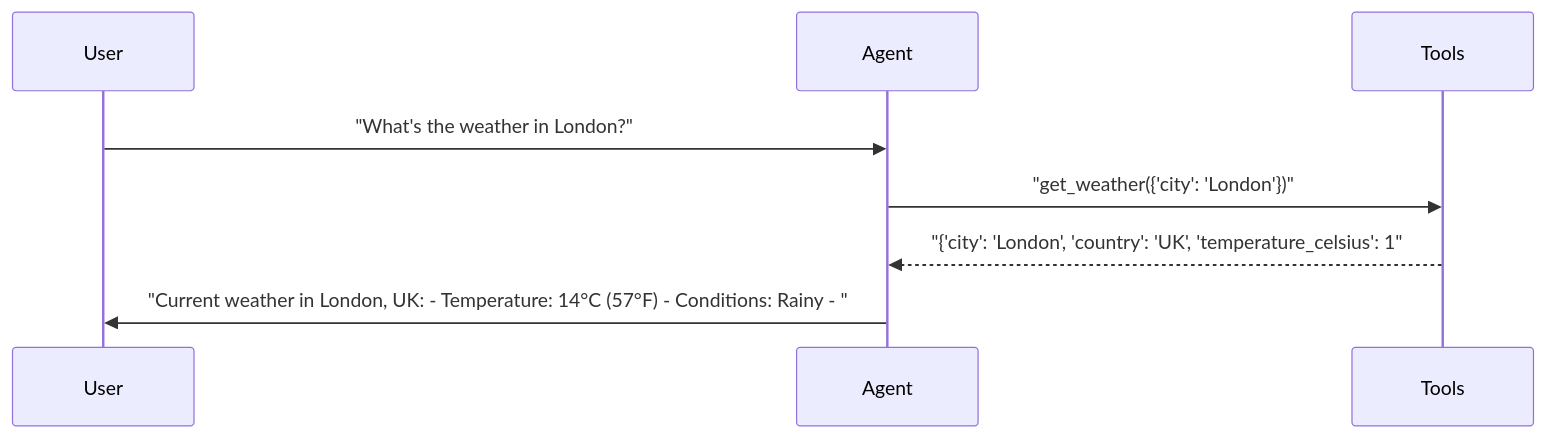
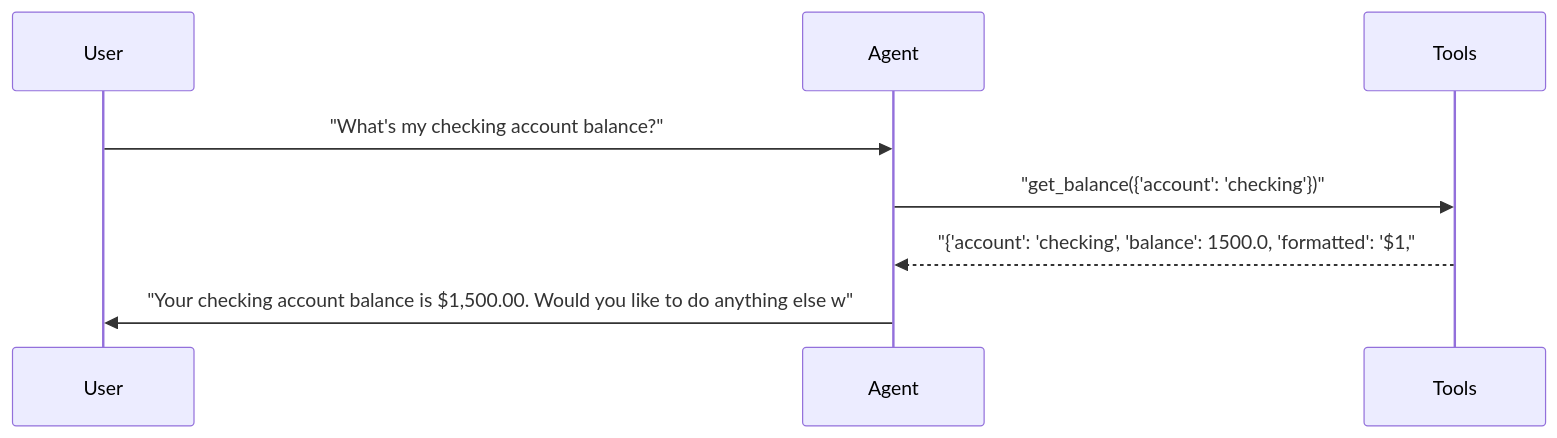
Before and after one commit to sbroenne/pytest-aitest: the first of 6 diagrams in docs/reports/02_multi_agent.md, drawn with Mermaid. The commit also changed other lines of this file and 132 other files, not shown here.

````diff
--- a/docs/reports/02_multi_agent.md
+++ b/docs/reports/02_multi_agent.md
@@ -127,11 +132,11 @@
 ```mermaid
 sequenceDiagram
     participant User
     participant Agent
     participant Tools
 
-    User->>Agent: "What's the weather in London?"
-    Agent->>Tools: "get_weather({'city': 'London'})"
-    Tools-->>Agent: "{'city': 'London', 'country': 'UK', 'temperature_celsius': 1"
-    Agent->>User: "Current weather in London, UK: - Temperature: 14°C (57°F) - Conditions: Rainy - "
+    User->>Agent: "What's my checking account balance?"
+    Agent->>Tools: "get_balance({'account': 'checking'})"
+    Tools-->>Agent: "{'account': 'checking', 'balance': 1500.0, 'formatted': '$1,"
+    Agent->>User: "Your checking account balance is $1,500.00. Would you like to do anything else w"
 ```
````
